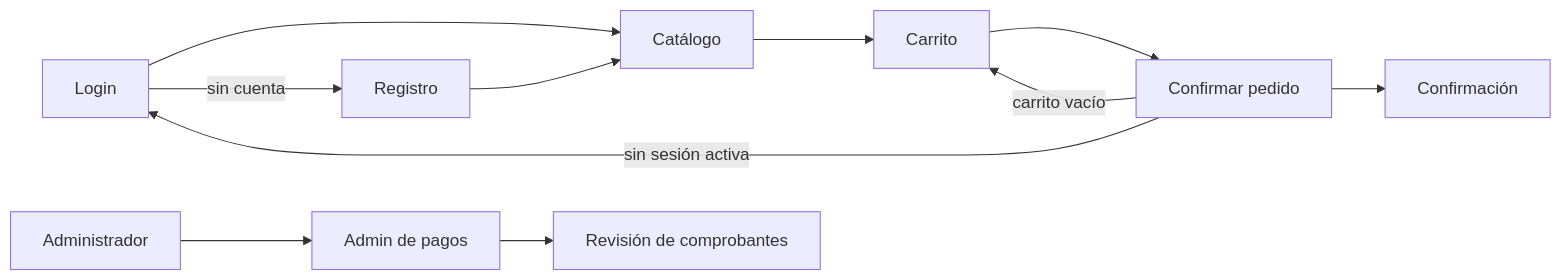
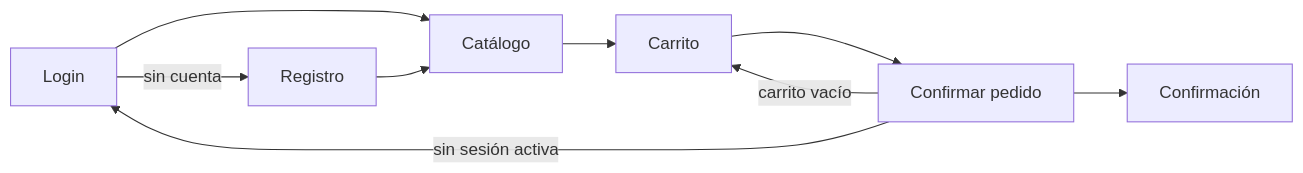
Before and after one commit to HectorARiascosI/mileshop-platform: the fourth of 10 diagrams in docs/wiki/architecture-overview.md, drawn with Mermaid. The commit also changed other lines of this file and 89 other files, not shown here.

````diff
--- a/docs/wiki/architecture-overview.md
+++ b/docs/wiki/architecture-overview.md
@@ -141,13 +128,11 @@
 ```mermaid
 flowchart LR
     Login[Login] --> Catalog[Catálogo]
     Register[Registro] --> Catalog
     Catalog --> Cart[Carrito]
     Cart --> Checkout[Confirmar pedido]
     Checkout --> Success[Confirmación]
     Checkout -->|sin sesión activa| Login
     Checkout -->|carrito vacío| Cart
     Login -->|sin cuenta| Register
-    Admin[Administrador] --> Payments[Admin de pagos]
-    Payments --> Review[Revisión de comprobantes]
 ```
````
